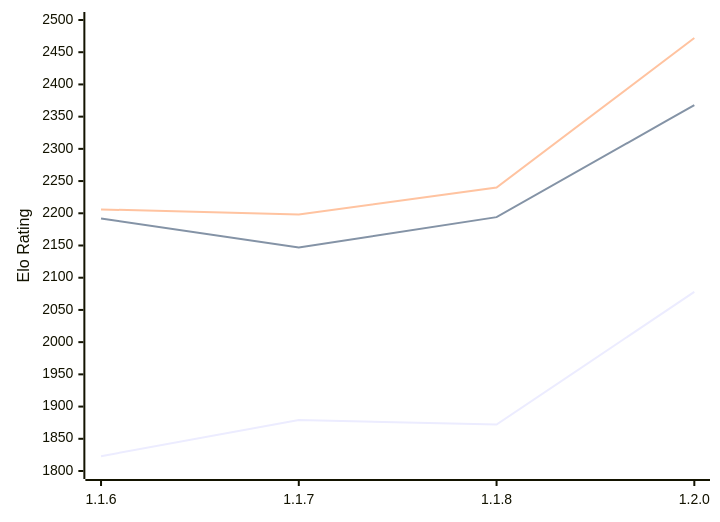
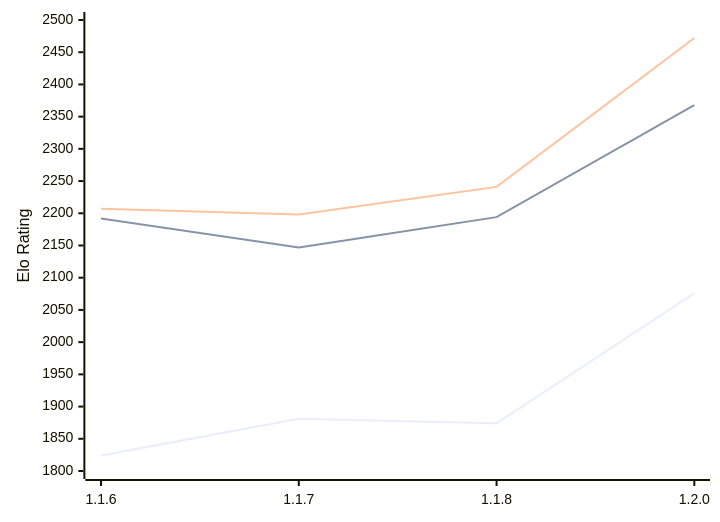
One commit to computer-chess-index/cci changed the diagram in engines/Soomi.md. Above: the diagram before and after it, drawn with Mermaid. The commit also changed other lines of this file, not shown here.

Commit message:
Update CCI Ratings (ELO VLTC) - 2026-02-13

````diff
--- a/engines/Soomi.md
+++ b/engines/Soomi.md
@@ -31,9 +31,9 @@
 ```mermaid
 %%{init: {"theme":"base","themeVariables":{"seriesColors:['#a3a3a3','#222221','#faa371']}}}%%
 xychart-beta
   x-axis ["1.1.6", "1.1.7", "1.1.8", "1.2.0"]
   y-axis "Elo Rating" 1800 --> 2500
-  line "STC (8.0+0.08s)" [1823, 1879, 1872, 2078]
+  line "STC (8.0+0.08s)" [1824, 1881, 1874, 2076]
   line "LTC (60.0+0.60s)" [2192, 2147, 2194, 2368]
-  line "VLTC (2m24s+1.12s)" [2206, 2198, 2240, 2472]
+  line "VLTC (2m24s+1.12s)" [2207, 2198, 2241, 2472]
 ```
````
